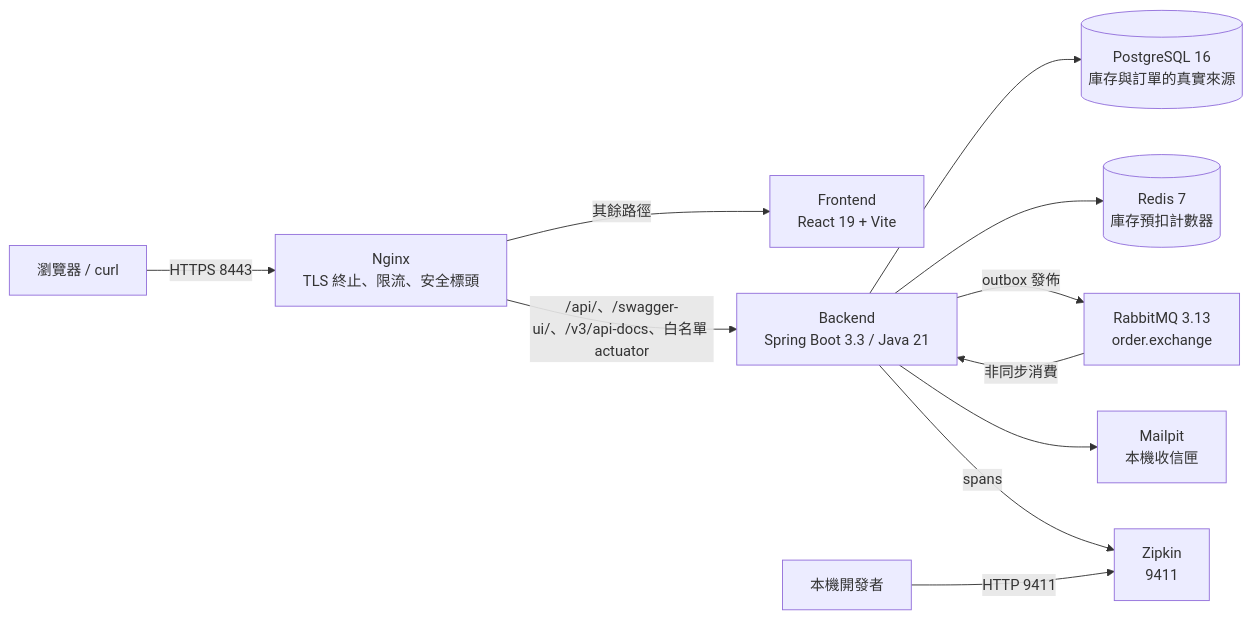
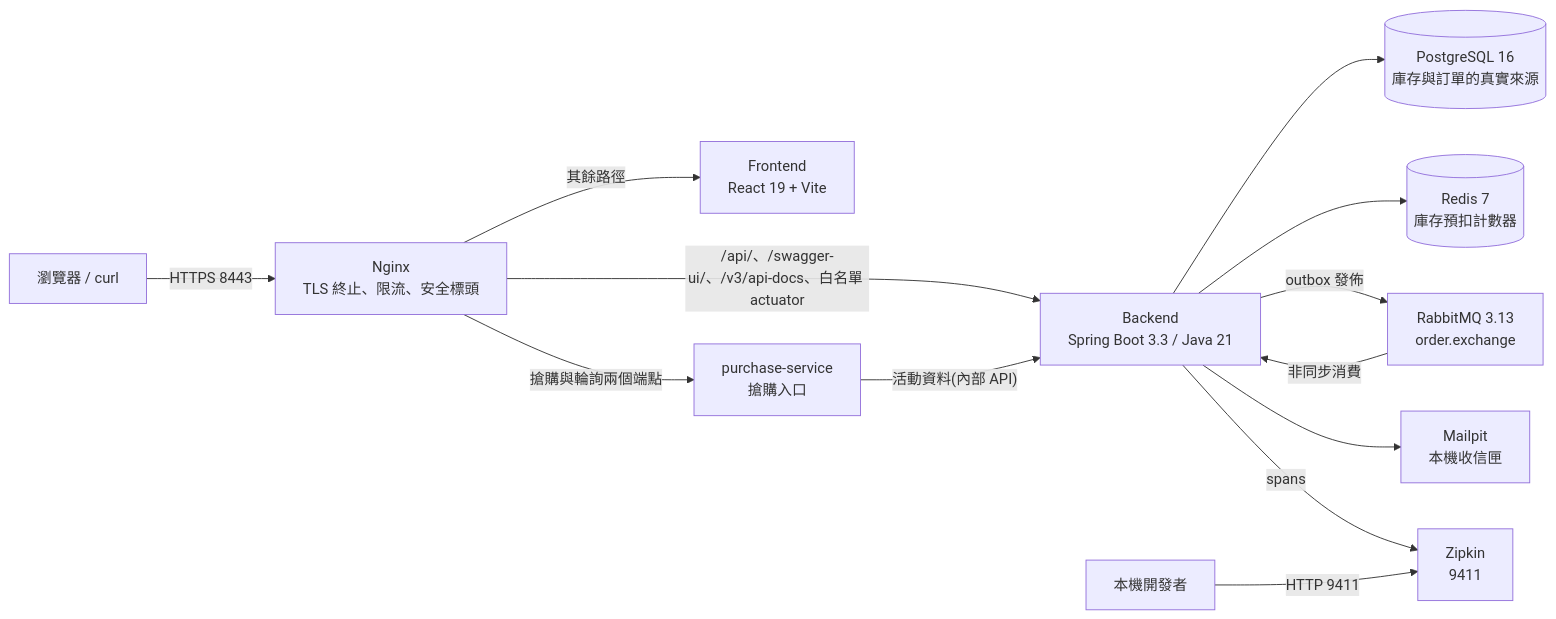
One commit to kevintsai1325/FlashSale changed the first of 2 diagrams in README.md. Above: the diagram before and after it, drawn with Mermaid. The commit also changed other lines of this file and 4 other files, not shown here.

````diff
--- a/README.md
+++ b/README.md
@@ -56,13 +56,15 @@
 ```mermaid
 flowchart LR
     Client["瀏覽器 / curl"] -->|HTTPS 8443| Nginx["Nginx<br/>TLS 終止、限流、安全標頭"]
     Nginx -->|其餘路徑| Frontend["Frontend<br/>React 19 + Vite"]
+    Nginx -->|"搶購與輪詢兩個端點"| Purchase["purchase-service<br/>搶購入口"]
     Nginx -->|"/api/、/swagger-ui/、/v3/api-docs、白名單 actuator"| Backend["Backend<br/>Spring Boot 3.3 / Java 21"]
+    Purchase -->|"活動資料(內部 API)"| Backend
     Backend --> Postgres[("PostgreSQL 16<br/>庫存與訂單的真實來源")]
     Backend --> Redis[("Redis 7<br/>庫存預扣計數器")]
     Backend -->|outbox 發佈| Rabbit["RabbitMQ 3.13<br/>order.exchange"]
     Rabbit -->|非同步消費| Backend
     Backend --> Mailpit["Mailpit<br/>本機收信匣"]
     Backend -->|spans| Zipkin["Zipkin<br/>9411"]
     Developer["本機開發者"] -->|HTTP 9411| Zipkin
 ```
````
